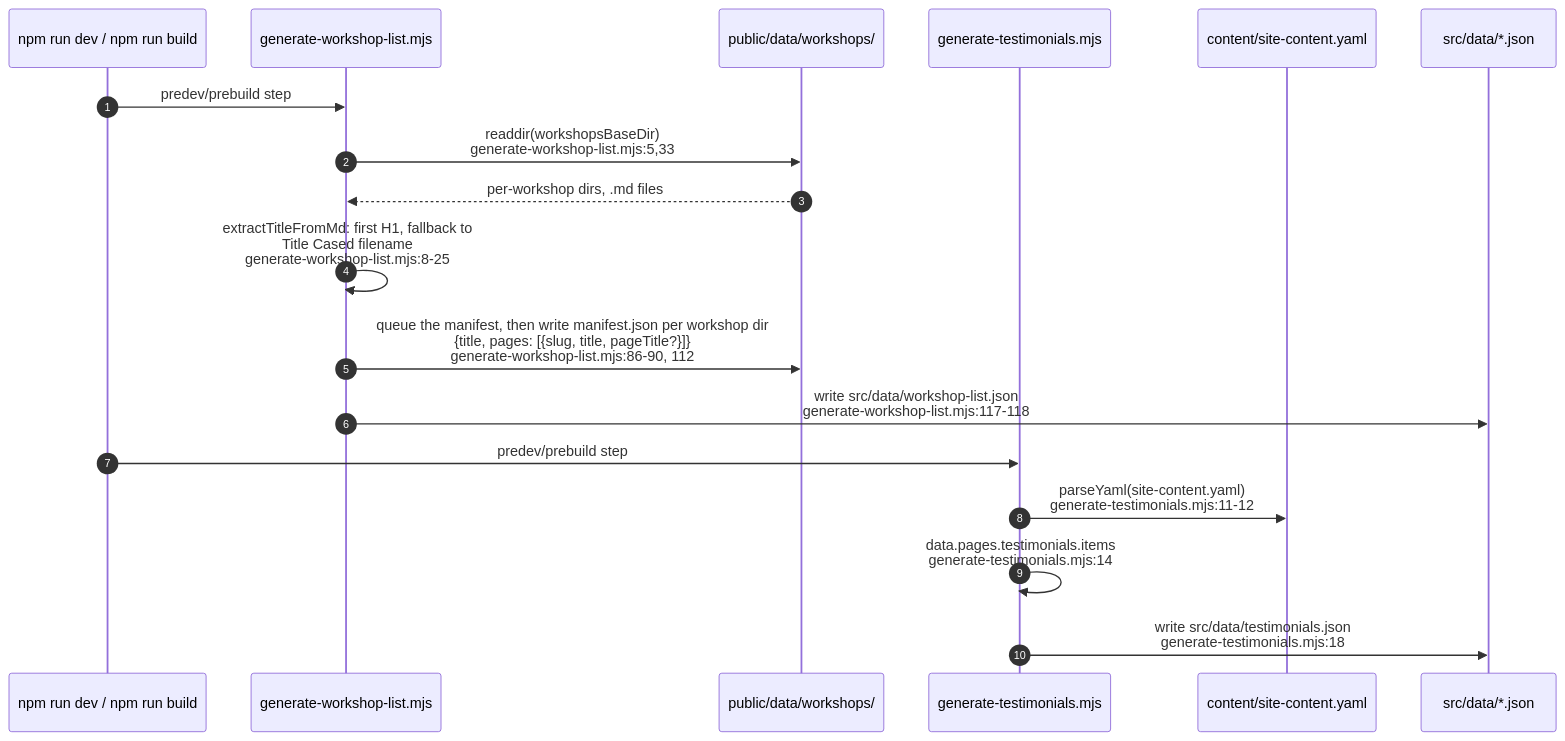
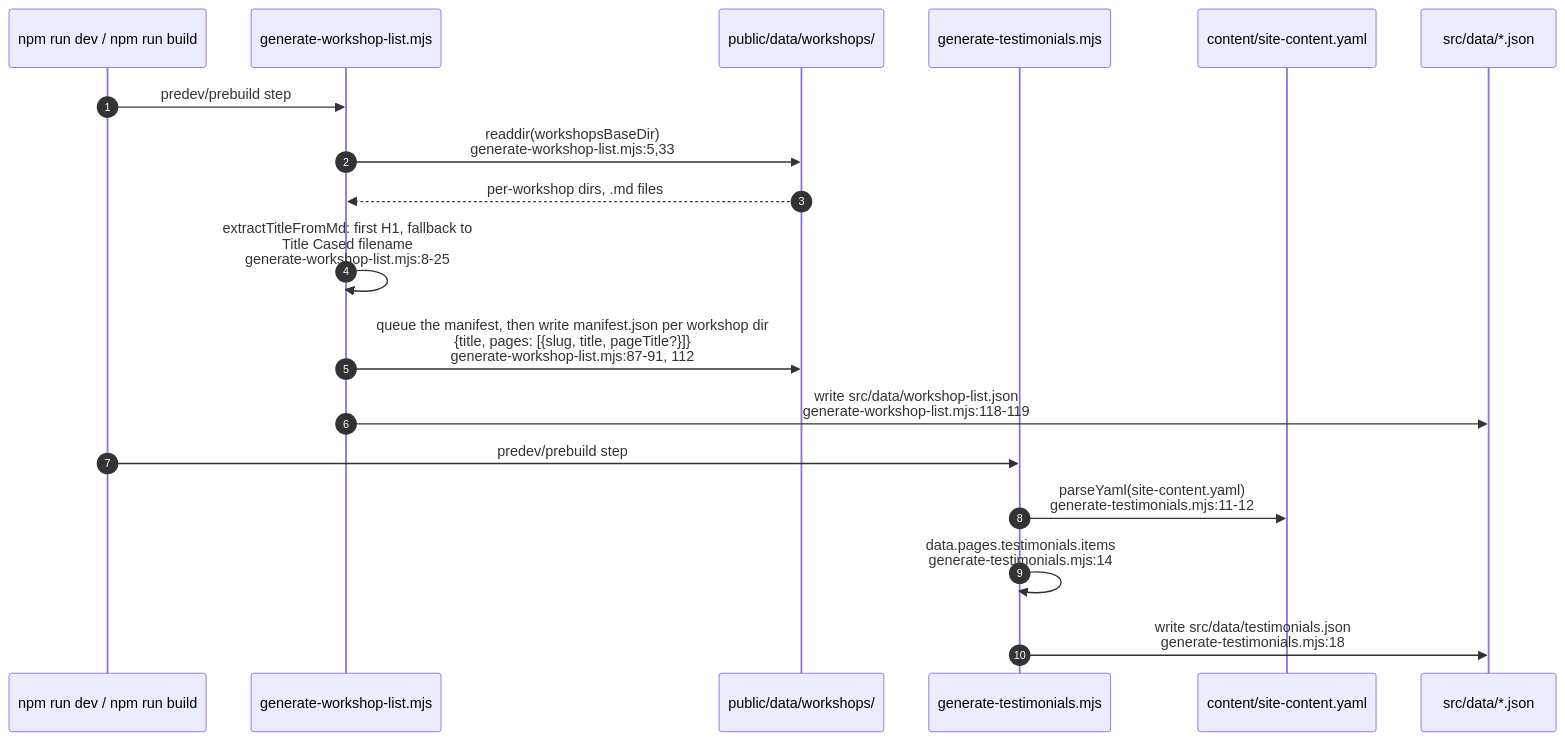
The first of 7 diagrams in docs/diagrams/dreamlab-ai-website/06-content-pipeline-and-invariants-register.md (DreamLab-AI/VisionFlow), drawn with Mermaid before and after one commit. The commit also changed other lines of this file and 59 other files, not shown here.

First line of the commit message:
docs(diagrams): re-derive and re-stamp forum, website, pod, ontomark and sealmap topics

````diff
--- a/docs/diagrams/dreamlab-ai-website/06-content-pipeline-and-invariants-register.md
+++ b/docs/diagrams/dreamlab-ai-website/06-content-pipeline-and-invariants-register.md
@@ -36,20 +36,20 @@
 ```mermaid
 sequenceDiagram
     autonumber
     participant NPM as npm run dev / npm run build
     participant WS as generate-workshop-list.mjs
     participant WD as public/data/workshops/
     participant TS as generate-testimonials.mjs
     participant YAML as content/site-content.yaml
     participant OUT as src/data/*.json
     NPM->>WS: predev/prebuild step
     WS->>WD: readdir(workshopsBaseDir)<br/>generate-workshop-list.mjs:5,33
     WD-->>WS: per-workshop dirs, .md files
     WS->>WS: extractTitleFromMd: first H1, fallback to<br/>Title Cased filename<br/>generate-workshop-list.mjs:8-25
-    WS->>WD: queue the manifest, then write manifest.json per workshop dir<br/>{title, pages: [{slug, title, pageTitle?}]}<br/>generate-workshop-list.mjs:86-90, 112
-    WS->>OUT: write src/data/workshop-list.json<br/>generate-workshop-list.mjs:117-118
+    WS->>WD: queue the manifest, then write manifest.json per workshop dir<br/>{title, pages: [{slug, title, pageTitle?}]}<br/>generate-workshop-list.mjs:87-91, 112
+    WS->>OUT: write src/data/workshop-list.json<br/>generate-workshop-list.mjs:118-119
     NPM->>TS: predev/prebuild step
     TS->>YAML: parseYaml(site-content.yaml)<br/>generate-testimonials.mjs:11-12
     TS->>TS: data.pages.testimonials.items<br/>generate-testimonials.mjs:14
     TS->>OUT: write src/data/testimonials.json<br/>generate-testimonials.mjs:18
 ```
````
